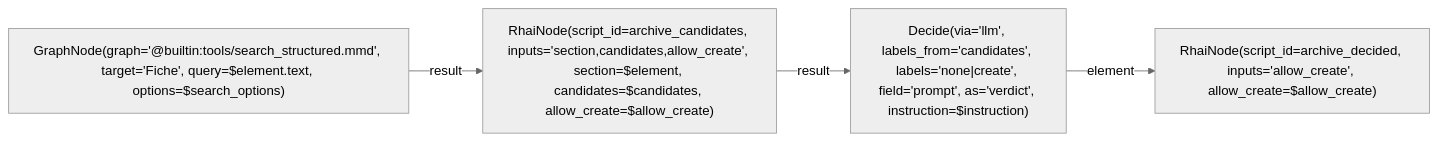
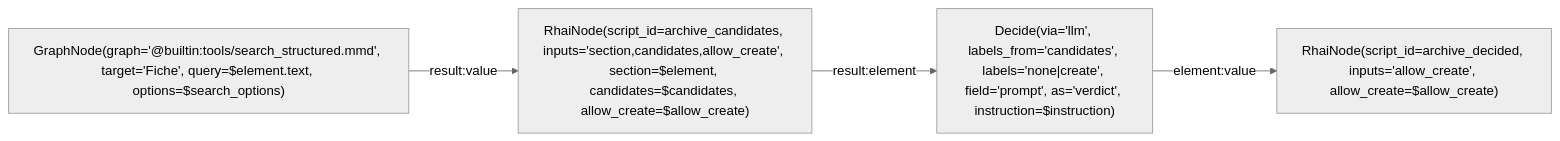
One commit to L-Defraiteur/rag3db changed the diagram in extension/rag3weaver/templates/backends/memory/graphs/archive_decide.mmd. Above: the diagram before and after it, drawn with Mermaid (neutral theme). The commit also changed 4 other files, not shown here.

Commit message:
fix(mémoire): les arêtes des graphes de l'archive nomment leurs ports d'entrée (element, elements, value, record, text) ; la fiche proposée et son apport s'écrivent sans arête entre eux

```diff
--- a/extension/rag3weaver/templates/backends/memory/graphs/archive_decide.mmd
+++ b/extension/rag3weaver/templates/backends/memory/graphs/archive_decide.mmd
@@ -1,17 +1,17 @@
 %% tool: archive_decide
 %% description: Une section (l'élément) : les fiches candidates par la recherche, puis la décision fermée du modèle (une candidate, none, create), rendue comme l'élément des écritures (kind, fiche, records, liens, provenance). Appelé une fois par section par le ForEachNode de archive.
 %% param: element json! -- La section : {title, level, text, anchor, index, chemin, titre, origine}.
 %% param: candidates int = 5 -- Fiches candidates gardées.
 %% param: allow_create bool = true -- create permis.
 %% param: instruction string! -- Ce que l'étiquette veut dire, pour le modèle.
 %% param: search_options json! -- Les options de la recherche de candidates (limit…).
 %% result: decided.result
 
 graph LR
     recall["GraphNode(graph='@builtin:tools/search_structured.mmd', target='Fiche', query=$element.text, options=$search_options)"]
     prepare["RhaiNode(script_id=archive_candidates, inputs='section,candidates,allow_create', section=$element, candidates=$candidates, allow_create=$allow_create)"]
     decide["Decide(via='llm', labels_from='candidates', labels='none|create', field='prompt', as='verdict', instruction=$instruction)"]
     decided["RhaiNode(script_id=archive_decided, inputs='allow_create', allow_create=$allow_create)"]
-    recall -->|result| prepare
-    prepare -->|result| decide
-    decide -->|element| decided
+    recall -->|result:value| prepare
+    prepare -->|result:element| decide
+    decide -->|element:value| decided
```
